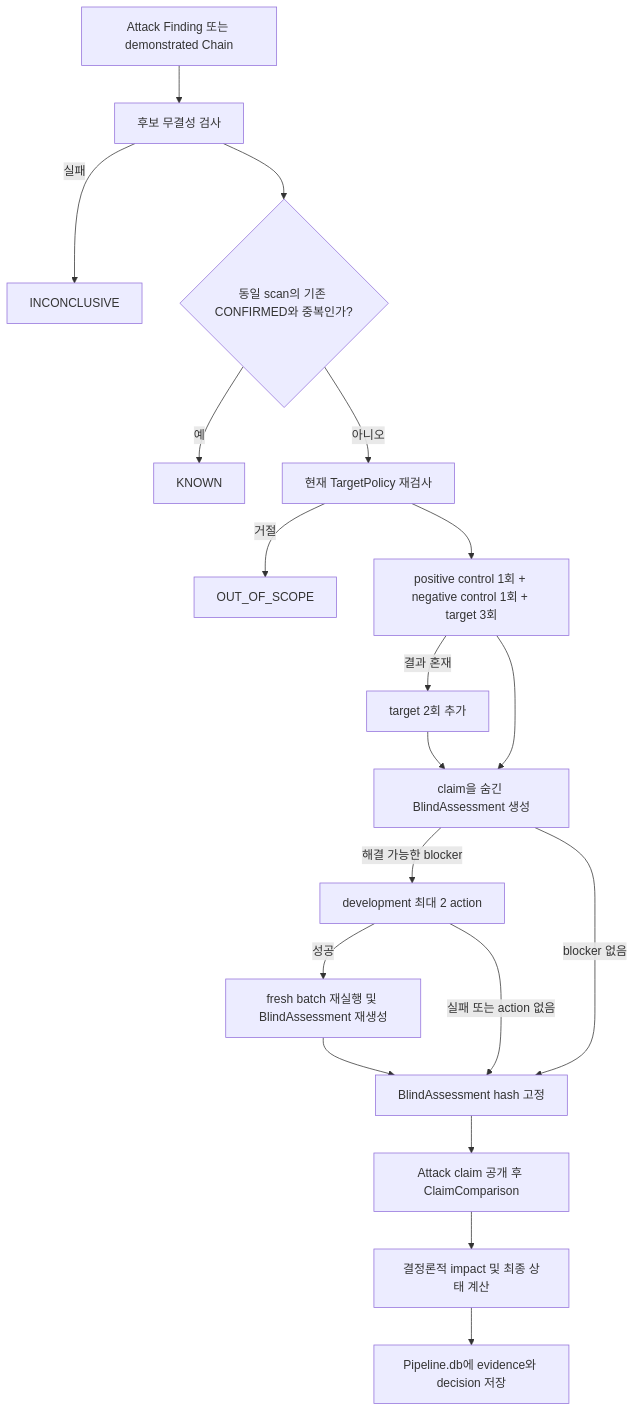
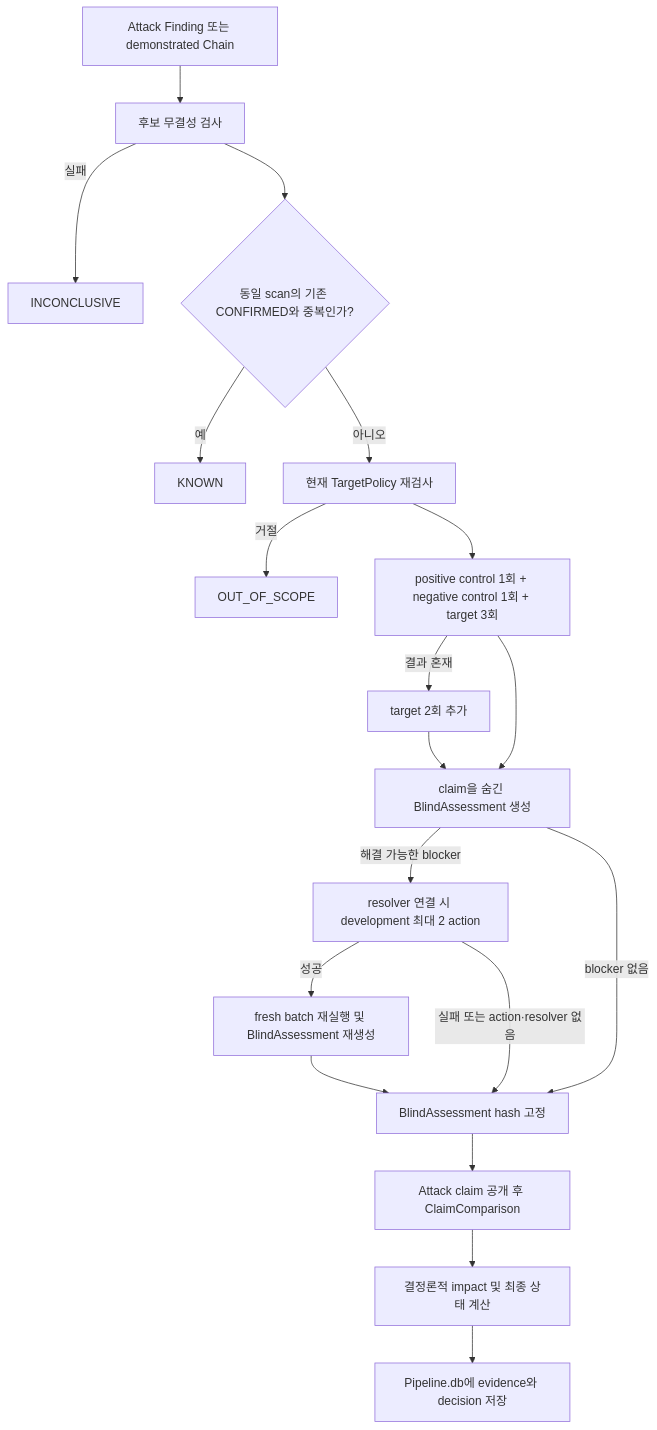
The diagram in recon-attack-pipeline/docs/changes/validation/VALIDATION_IMPLEMENTATION_OVERVIEW.md (Oyeonseok/WHS4_DAST_Project), drawn with Mermaid before and after one commit. The commit also changed other lines of this file and 14 other files, not shown here.

````diff
--- a/recon-attack-pipeline/docs/changes/validation/VALIDATION_IMPLEMENTATION_OVERVIEW.md
+++ b/recon-attack-pipeline/docs/changes/validation/VALIDATION_IMPLEMENTATION_OVERVIEW.md
@@ -24,21 +25,21 @@
 ```mermaid
 flowchart TD
     A[Attack Finding 또는 demonstrated Chain] --> B[후보 무결성 검사]
     B -->|실패| I[INCONCLUSIVE]
     B --> C{동일 scan의 기존 CONFIRMED와 중복인가?}
     C -->|예| K[KNOWN]
     C -->|아니오| P[현재 TargetPolicy 재검사]
     P -->|거절| O[OUT_OF_SCOPE]
     P --> R[positive control 1회 + negative control 1회 + target 3회]
     R -->|결과 혼재| R2[target 2회 추가]
     R --> F[claim을 숨긴 BlindAssessment 생성]
     R2 --> F
-    F -->|해결 가능한 blocker| D[development 최대 2 action]
+    F -->|해결 가능한 blocker| D[resolver 연결 시 development 최대 2 action]
     D -->|성공| R3[fresh batch 재실행 및 BlindAssessment 재생성]
-    D -->|실패 또는 action 없음| G
+    D -->|실패 또는 action·resolver 없음| G
     F -->|blocker 없음| G[BlindAssessment hash 고정]
     R3 --> G
     G --> U[Attack claim 공개 후 ClaimComparison]
     U --> E[결정론적 impact 및 최종 상태 계산]
     E --> S[Pipeline.db에 evidence와 decision 저장]
 ```
````
